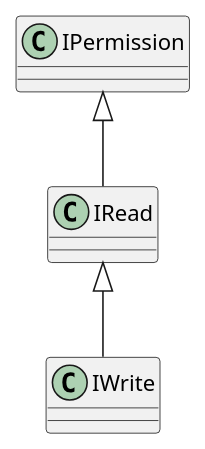
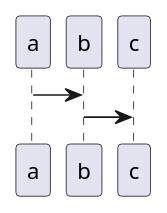
Before and after one commit to paul-yskim/RoleTest: the diagram in RoleTest/README.md, drawn with PlantUML.

````diff
--- a/RoleTest/README.md
+++ b/RoleTest/README.md
@@ -27,6 +27,6 @@
-```plantuml
+```puml
 @startuml
-IPermission<|--IRead
-IRead<|--IWrite
+a->b
+b->c
 @enduml
 ```
````
